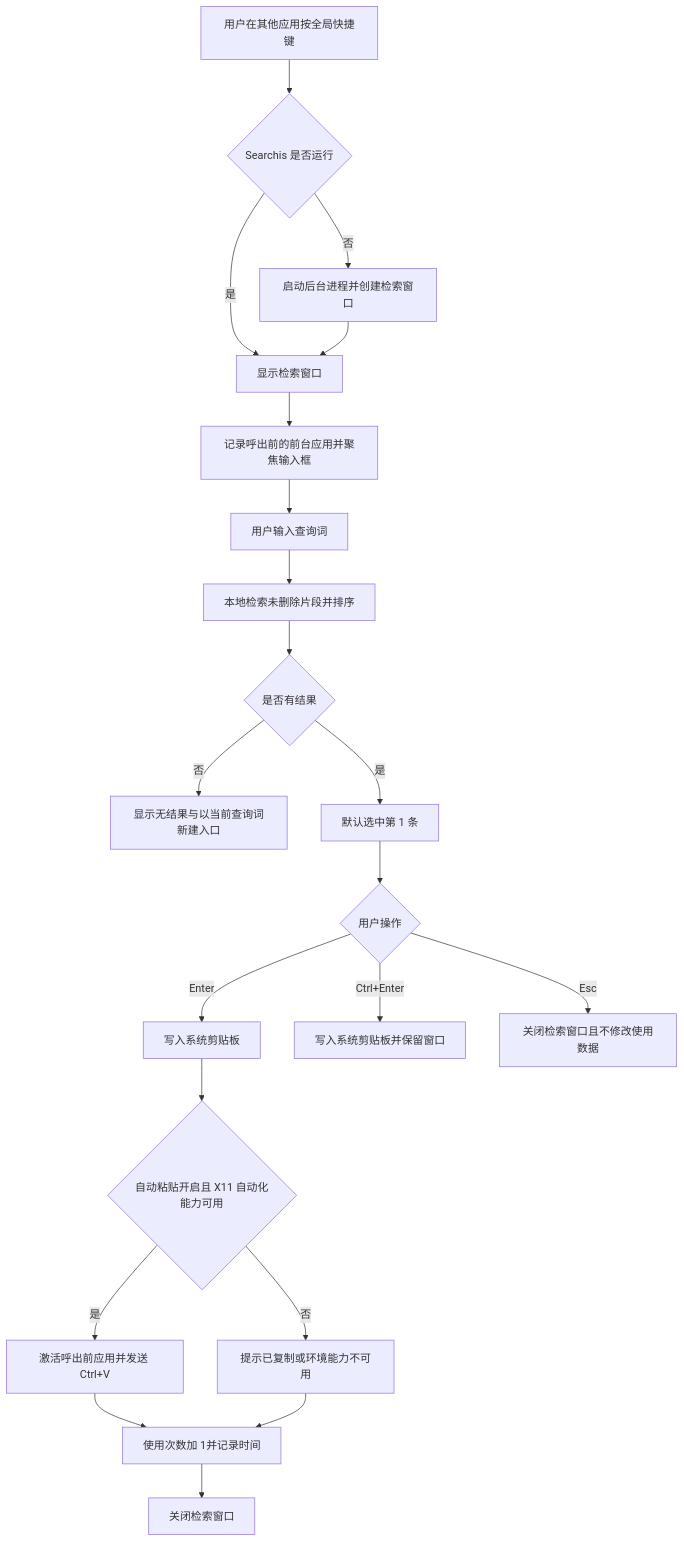
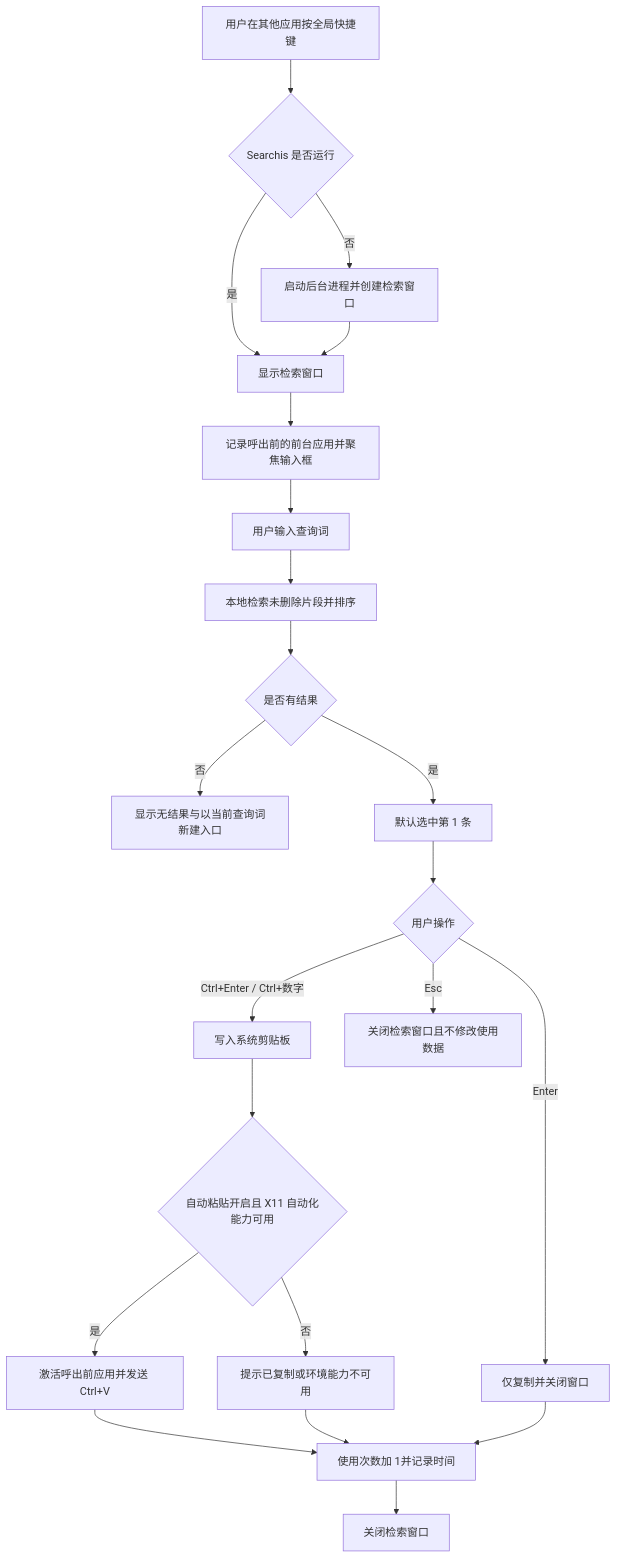
The first of 6 diagrams in docs/prds/prd.md (TVTRayray/searchis), drawn with Mermaid before and after one commit. The commit also changed other lines of this file and 8 other files, not shown here.

````diff
--- a/docs/prds/prd.md
+++ b/docs/prds/prd.md
@@ -119,23 +136,24 @@
 ```mermaid
 flowchart TD
     A[用户在其他应用按全局快捷键] --> B{Searchis 是否运行}
     B -- 否 --> C[启动后台进程并创建检索窗口]
     B -- 是 --> D[显示检索窗口]
     C --> D
     D --> E[记录呼出前的前台应用并聚焦输入框]
     E --> F[用户输入查询词]
     F --> G[本地检索未删除片段并排序]
     G --> H{是否有结果}
     H -- 否 --> I[显示无结果与以当前查询词新建入口]
     H -- 是 --> J[默认选中第 1 条]
     J --> K{用户操作}
-    K -- Enter --> L[写入系统剪贴板]
-    K -- Ctrl+Enter --> M[写入系统剪贴板并保留窗口]
+    K -- Enter --> M[仅复制并关闭窗口]
+    K -- Ctrl+Enter / Ctrl+数字 --> L[写入系统剪贴板]
     K -- Esc --> N[关闭检索窗口且不修改使用数据]
     L --> O{自动粘贴开启且 X11 自动化能力可用}
     O -- 是 --> P[激活呼出前应用并发送 Ctrl+V]
     O -- 否 --> Q[提示已复制或环境能力不可用]
     P --> R[使用次数加 1并记录时间]
     Q --> R
+    M --> R
     R --> S[关闭检索窗口]
 ```
````
